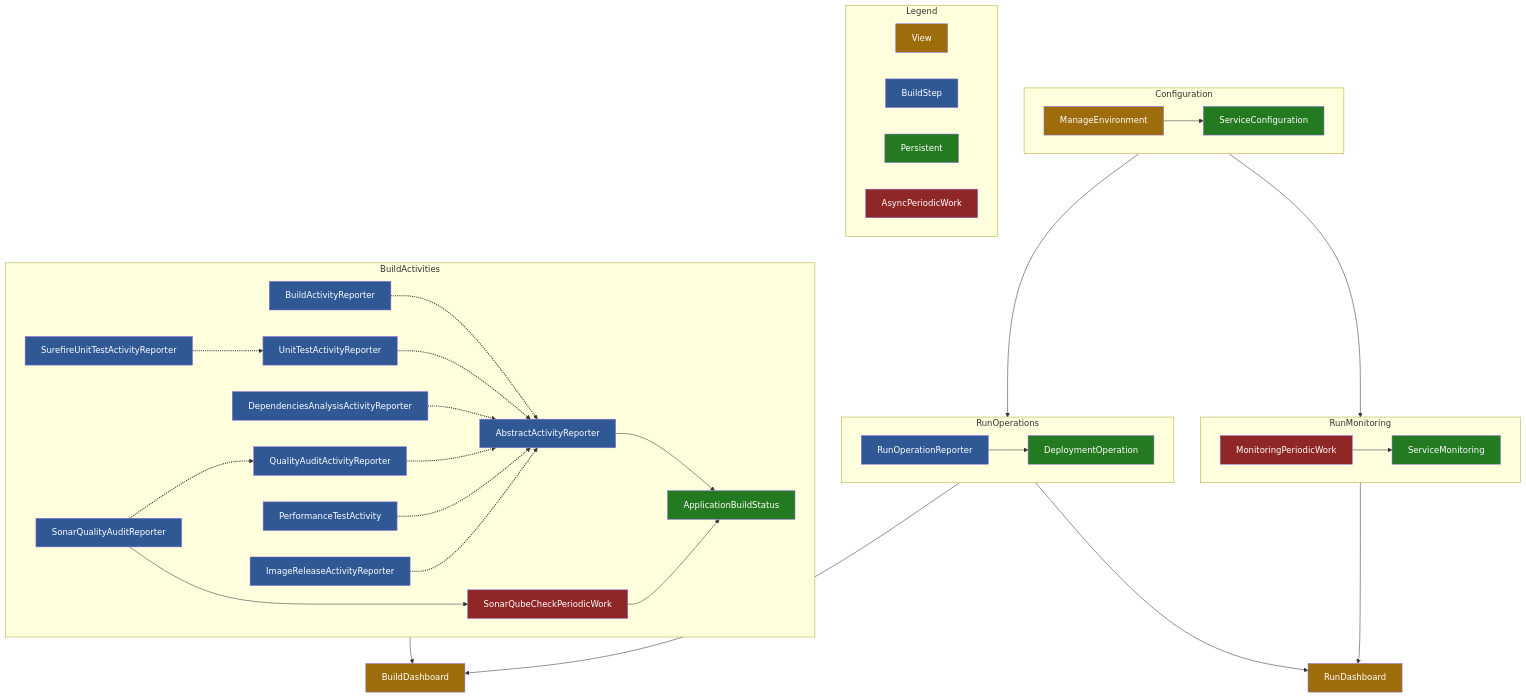
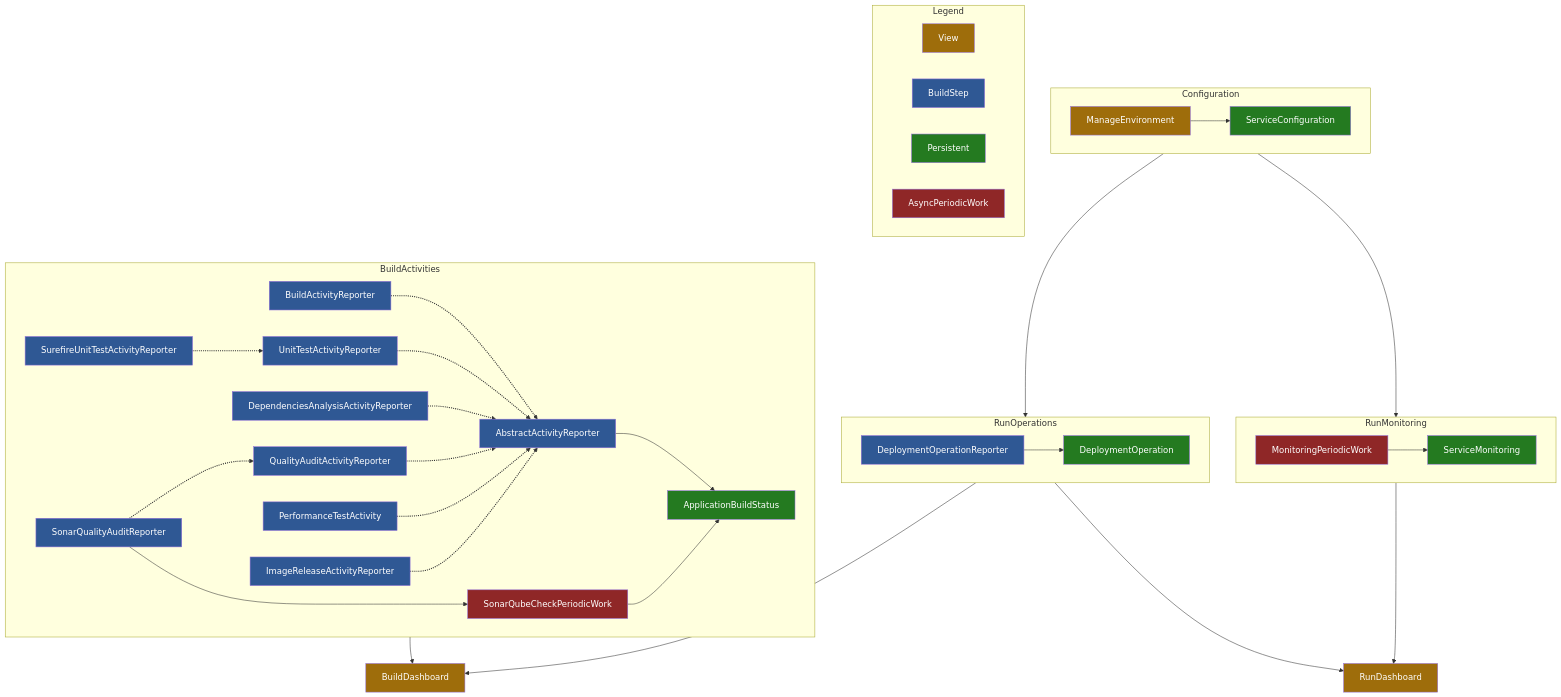
The diagram in README.md (jenkinsci/devops-portal-plugin), drawn with Mermaid before and after one commit. The commit also changed other lines of this file, not shown here.

````diff
--- a/README.md
+++ b/README.md
@@ -377,49 +378,49 @@
 ```mermaid
 flowchart TD
 
     subgraph Configuration
     ManageEnvironment:::view --> ServiceConfiguration:::entity
     end
     
     subgraph Legend
     View:::view
     BuildStep:::reporter
     Persistent:::entity
     AsyncPeriodicWork:::worker
     end
     
     subgraph RunOperations
-    RunOperationReporter:::reporter --> DeploymentOperation:::entity
+    DeploymentOperationReporter:::reporter --> DeploymentOperation:::entity
     end
     
     subgraph RunMonitoring
     MonitoringPeriodicWork:::worker --> ServiceMonitoring:::entity
     end
     
     subgraph BuildActivities
     BuildActivityReporter:::reporter -.-> AbstractActivityReporter:::reporter
     UnitTestActivityReporter:::reporter -.-> AbstractActivityReporter:::reporter
     SurefireUnitTestActivityReporter:::reporter -.-> UnitTestActivityReporter:::reporter
     DependenciesAnalysisActivityReporter:::reporter -.-> AbstractActivityReporter:::reporter
     QualityAuditActivityReporter:::reporter -.-> AbstractActivityReporter:::reporter
     SonarQualityAuditReporter:::reporter -.-> QualityAuditActivityReporter:::reporter
     PerformanceTestActivity:::reporter -.-> AbstractActivityReporter:::reporter
     ImageReleaseActivityReporter:::reporter -.-> AbstractActivityReporter:::reporter
     AbstractActivityReporter:::reporter --> ApplicationBuildStatus:::entity
     SonarQualityAuditReporter:::reporter --> SonarQubeCheckPeriodicWork:::worker
     SonarQubeCheckPeriodicWork:::worker --> ApplicationBuildStatus:::entity
     end
     
     Configuration --> RunOperations
     Configuration --> RunMonitoring
     RunOperations --> RunDashboard:::view
     RunMonitoring --> RunDashboard:::view
     BuildActivities --> BuildDashboard:::view
     RunOperations --> BuildDashboard:::view
     
     classDef view fill:#9e6d0b,color:#fff
     classDef reporter fill:#2f5894,color:#fff
     classDef entity fill:#247a20,color:#fff
     classDef worker fill:#8f2727,color:#fff
     linkStyle 3,4,5,6,7,8,9,10 stroke-width:2px,fill:none
 ```
````
